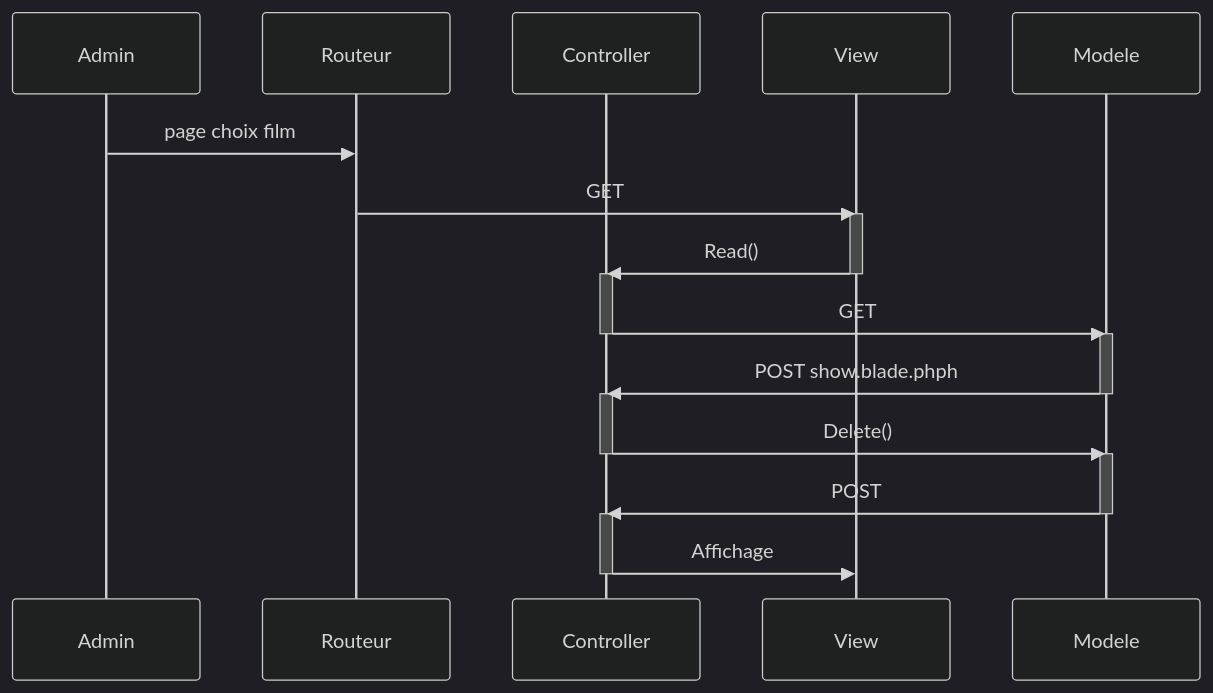
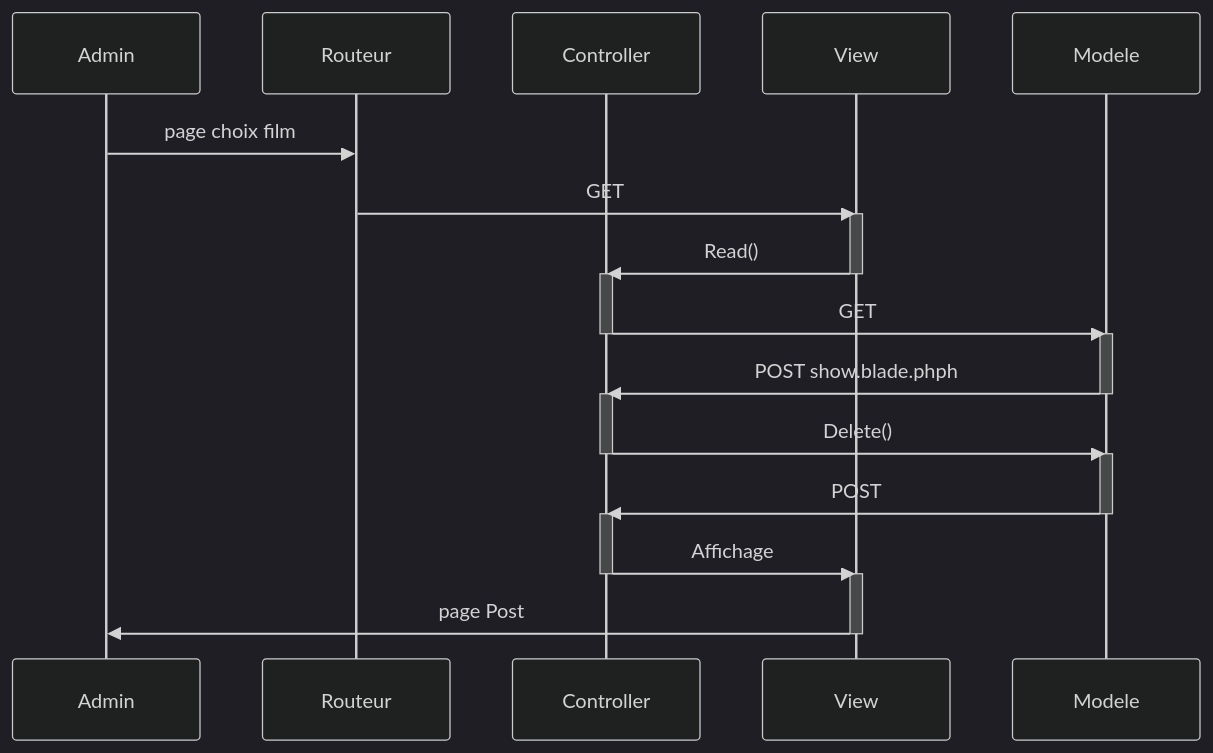
Before and after one commit to ggreg-T/sprint-07: the fourth of 5 diagrams in README.md, drawn with Mermaid (dark theme). The commit also changed other lines of this file, not shown here.

Commit message:
Mise à jour REAME pour le UML

````diff
--- a/README.md
+++ b/README.md
@@ -106,33 +114,36 @@
 ```mermaid
 sequenceDiagram
     participant Admin
     participant Routeur
     participant Controller
     participant View
     participant Modele
 
     Admin->>Routeur : page choix film
 
     Routeur->>View: GET
     activate View
     View->> Controller: Read()
     deactivate View
     activate Controller
     Controller->>Modele: GET
      deactivate Controller
     activate Modele
     Modele ->> Controller : POST show.blade.phph
 
      deactivate Modele
     activate Controller
      Controller->>Modele:Delete()
      deactivate Controller
      activate Modele
      Modele ->> Controller: POST
      deactivate Modele
      activate Controller
      Controller ->> View : Affichage
       deactivate Controller
+      activate View
+    View ->> Admin : page Post
+    deactivate View
 
 
 ```
````
